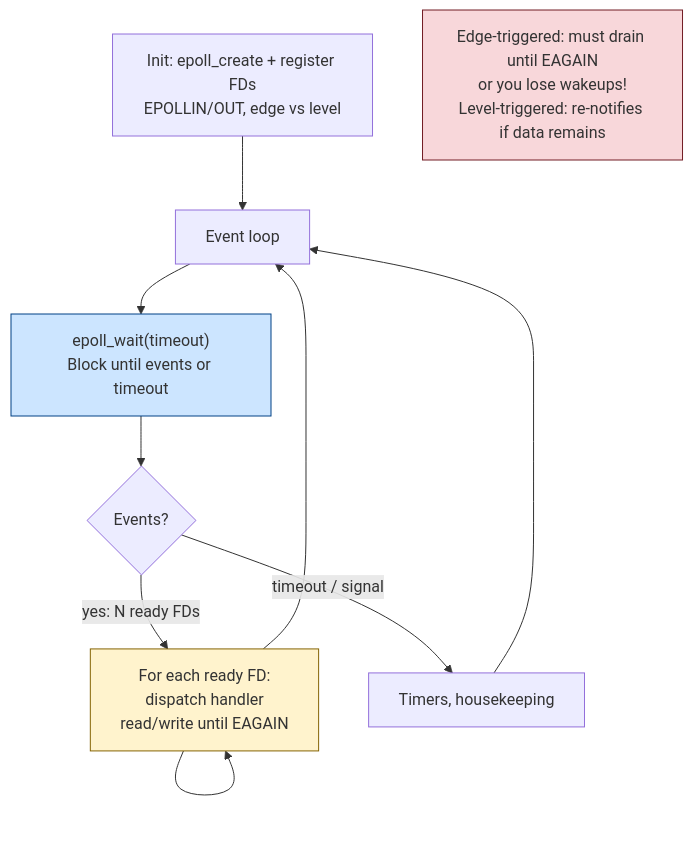
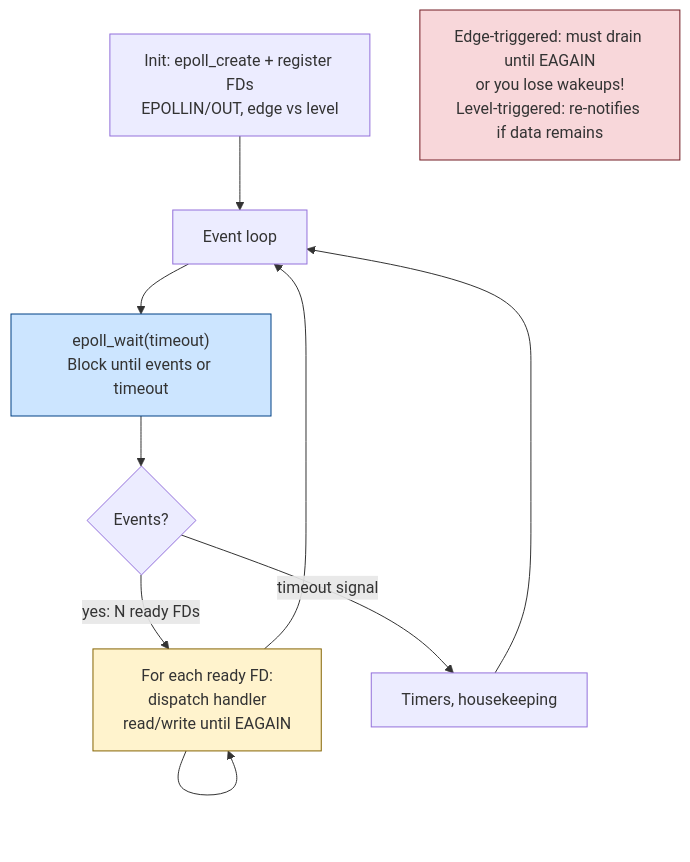
The third of 8 diagrams in vol-02-operating-systems-linux/ch07-linux-io.md (bumbsclaw/textbooks), drawn with Mermaid before and after one commit. The commit also changed other lines of this file and 173 other files, not shown here.

First line of the commit message:
fix(mermaid): close note brackets, semicolons in Notes, stateDiagram br -> dash, edge parens

````diff
--- a/vol-02-operating-systems-linux/ch07-linux-io.md
+++ b/vol-02-operating-systems-linux/ch07-linux-io.md
@@ -363,15 +363,15 @@
 ```mermaid
 flowchart TD
     Init["Init: epoll_create + register FDs<br/>EPOLLIN/OUT, edge vs level"] --> Loop["Event loop"]
     Loop --> Wait["epoll_wait(timeout)<br/>Block until events or timeout"]
     Wait --> Events{"Events?"}
     Events -->|"yes: N ready FDs"| Dispatch["For each ready FD:<br/>dispatch handler<br/>read/write until EAGAIN"]
-    Events -->|"timeout / signal"| Tick["Timers, housekeeping"]
+    Events -->|"timeout signal"| Tick["Timers, housekeeping"]
     Dispatch --> Dispatch
     Tick --> Loop
     Dispatch --> Loop
     Note["Edge-triggered: must drain until EAGAIN<br/>or you lose wakeups!<br/>Level-triggered: re-notifies if data remains"]
     style Wait fill:#cce5ff,stroke:#004085
     style Dispatch fill:#fff3cd,stroke:#856404
     style Note fill:#f8d7da,stroke:#721c24
 ```
````
